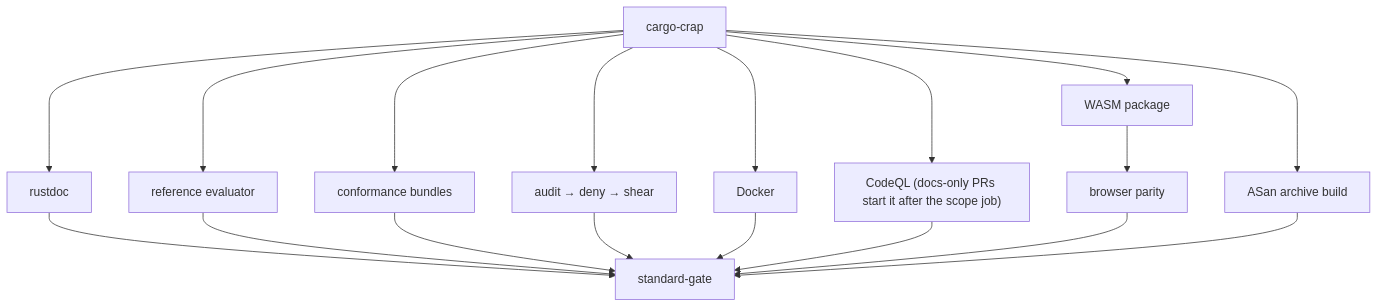
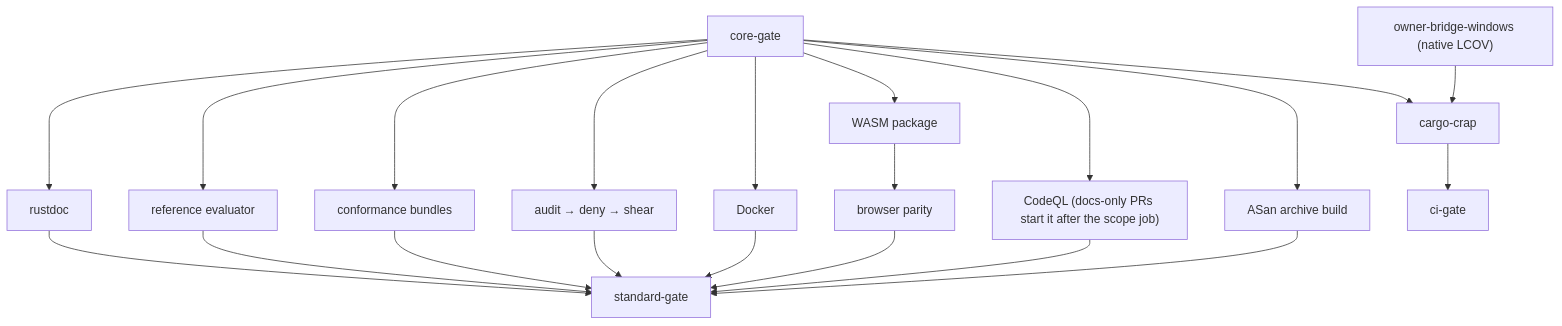
Before and after one commit to arceushui/pigloros: the eighth of 14 diagrams in CONTRIBUTING.md, drawn with Mermaid. The commit also changed other lines of this file and 160 other files, not shown here.

````diff
--- a/CONTRIBUTING.md
+++ b/CONTRIBUTING.md
@@ -250,20 +254,23 @@
 ```mermaid
 flowchart TD
-    CR["cargo-crap"] --> D["rustdoc"]
-    CR --> E["reference evaluator"]
-    CR --> B["conformance bundles"]
-    CR --> P["audit → deny → shear"]
-    CR --> X["Docker"]
-    CR --> W["WASM package"]
-    CR --> Q["CodeQL (docs-only PRs start it after the scope job)"]
-    CR --> AB["ASan archive build"]
+    CG["core-gate"] --> D["rustdoc"]
+    CG --> E["reference evaluator"]
+    CG --> B["conformance bundles"]
+    CG --> P["audit → deny → shear"]
+    CG --> X["Docker"]
+    CG --> W["WASM package"]
+    CG --> Q["CodeQL (docs-only PRs start it after the scope job)"]
+    CG --> AB["ASan archive build"]
+    CG --> CR["cargo-crap"]
+    OW["owner-bridge-windows (native LCOV)"] --> CR
+    CR --> CI["ci-gate"]
     W --> BP["browser parity"]
     D --> G["standard-gate"]
     E --> G
     B --> G
     P --> G
     X --> G
     Q --> G
     BP --> G
     AB --> G
 ```
````
